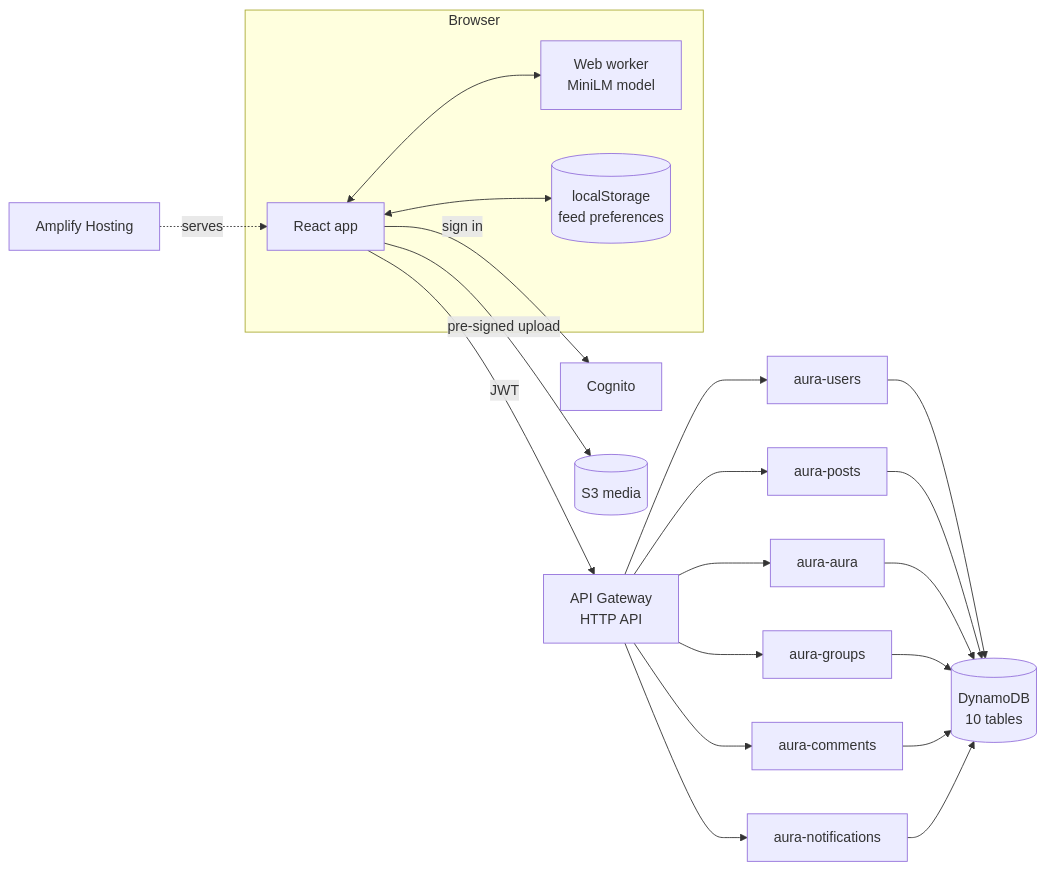
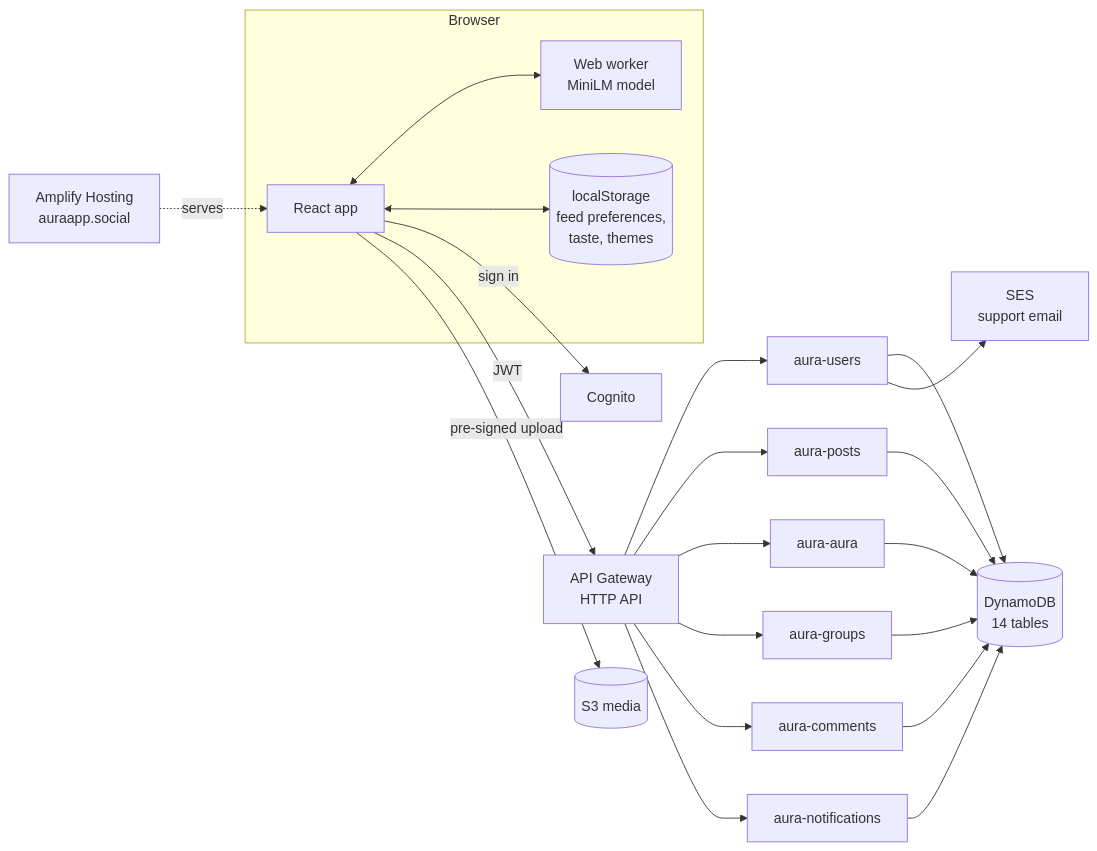
The diagram in README.md (The-Aura-App1/Aura-App-Official), drawn with Mermaid before and after one commit. The commit also changed other lines of this file and 1 other file, not shown here.

````diff
--- a/README.md
+++ b/README.md
@@ -44,21 +66,22 @@
 ```mermaid
 flowchart LR
   subgraph Browser
     UI[React app]
     W[Web worker<br/>MiniLM model]
-    LS[(localStorage<br/>feed preferences)]
+    LS[(localStorage<br/>feed preferences,<br/>taste, themes)]
     UI <--> W
     UI <--> LS
   end
   UI -- sign in --> C[Cognito]
   UI -- JWT --> G[API Gateway<br/>HTTP API]
   G --> L1[aura-users]
   G --> L2[aura-posts]
   G --> L3[aura-aura]
   G --> L4[aura-groups]
   G --> L5[aura-comments]
   G --> L6[aura-notifications]
-  L1 & L2 & L3 & L4 & L5 & L6 --> D[(DynamoDB<br/>10 tables)]
+  L1 & L2 & L3 & L4 & L5 & L6 --> D[(DynamoDB<br/>14 tables)]
+  L1 --> E[SES<br/>support email]
   UI -- pre-signed upload --> S[(S3 media)]
-  A[Amplify Hosting] -. serves .-> UI
+  A[Amplify Hosting<br/>auraapp.social] -. serves .-> UI
 ```
````
